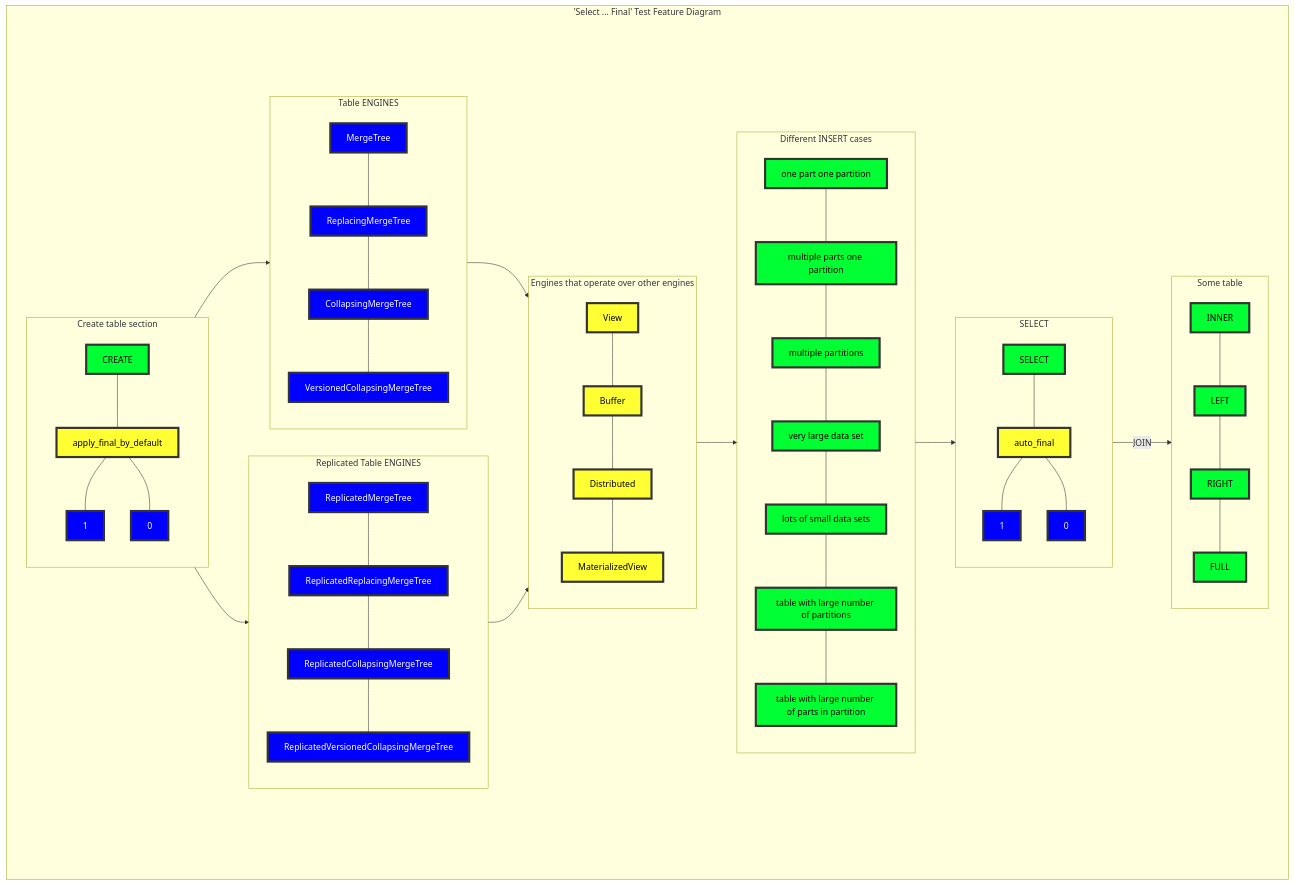
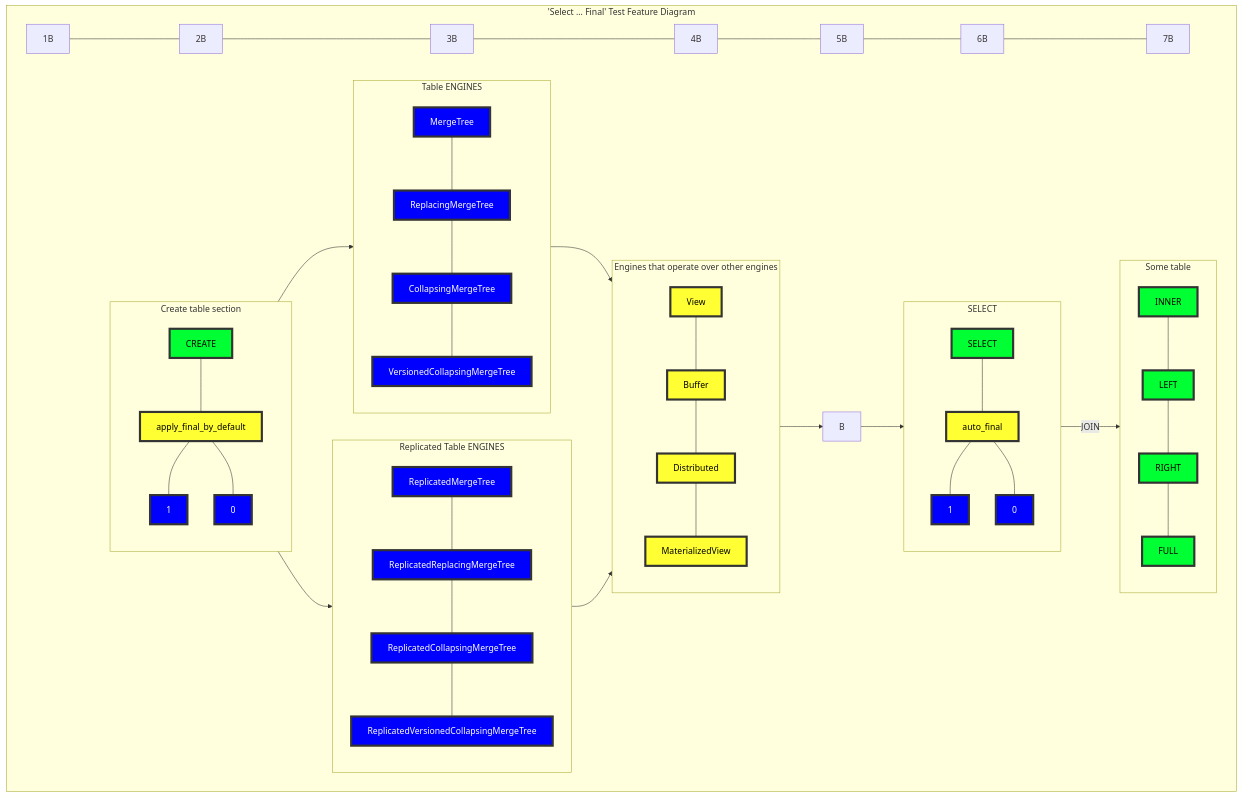
The diagram in selects/requirements/requirements.md (Altinity/clickhouse-regression), drawn with Mermaid before and after one commit. The commit also changed other lines of this file, not shown here.

````diff
--- a/selects/requirements/requirements.md
+++ b/selects/requirements/requirements.md
@@ -31,80 +31,70 @@
 ```mermaid
 flowchart TB;
 
   classDef yellow fill:#ffff33,stroke:#333,stroke-width:4px,color:black;
   classDef yellow2 fill:#ffff33,stroke:#333,stroke-width:4px,color:red;
   classDef green fill:#00ff33,stroke:#333,stroke-width:4px,color:black;
   classDef red fill:red,stroke:#333,stroke-width:4px,color:black;
   classDef blue fill:blue,stroke:#333,stroke-width:4px,color:white;
   
   subgraph O["'Select ... Final' Test Feature Diagram"]
   A-->C-->K-->B-->D--"JOIN"-->F
   A-->E-->K
 
   1A---2A---3A
   2A---4A
   1D---2D---3D
   2D---4D
   1C---2C---3C---4C
   1E---2E---3E---4E
   1K---2K---3K---4K
   1B---2B---3B---4B---5B---6B---7B
   1F---2F---3F---4F
   
     subgraph A["Create table section"]
 
         1A["CREATE"]:::green
         2A["apply_final_by_default"]:::yellow
         3A["1"]:::blue
         4A["0"]:::blue
     end
     
     subgraph D["SELECT"]
         1D["SELECT"]:::green
         2D["auto_final"]:::yellow
         3D["1"]:::blue
         4D["0"]:::blue
     end
     
     subgraph C["Table ENGINES"]
         1C["MergeTree"]:::blue
         2C["ReplacingMergeTree"]:::blue
         3C["CollapsingMergeTree"]:::blue
         4C["VersionedCollapsingMergeTree"]:::blue
     end
     
     subgraph E["Replicated Table ENGINES"]
         1E["ReplicatedMergeTree"]:::blue
         2E["ReplicatedReplacingMergeTree"]:::blue
         3E["ReplicatedCollapsingMergeTree"]:::blue
         4E["ReplicatedVersionedCollapsingMergeTree"]:::blue
     end
-    
-    subgraph B["Different INSERT cases"]
-        1B["one part one partition"]:::green
-        2B["multiple parts one partition"]:::green
-        3B["multiple partitions"]:::green
-        4B["very large data set"]:::green
-        5B["lots of small data sets"]:::green
-        6B["table with large number of partitions"]:::green
-        7B["table with large number of parts in partition"]:::green
-    end
-    
+      
     subgraph F["Some table"]
         1F["INNER"]:::green
         2F["LEFT"]:::green
         3F["RIGHT"]:::green
         4F["FULL"]:::green
     end
     
     subgraph K["Engines that operate over other engines"]
         1K["View"]:::yellow
         2K["Buffer"]:::yellow
         3K["Distributed"]:::yellow
         4K["MaterializedView"]:::yellow
     end
 
     
 
   end
 ```
````
